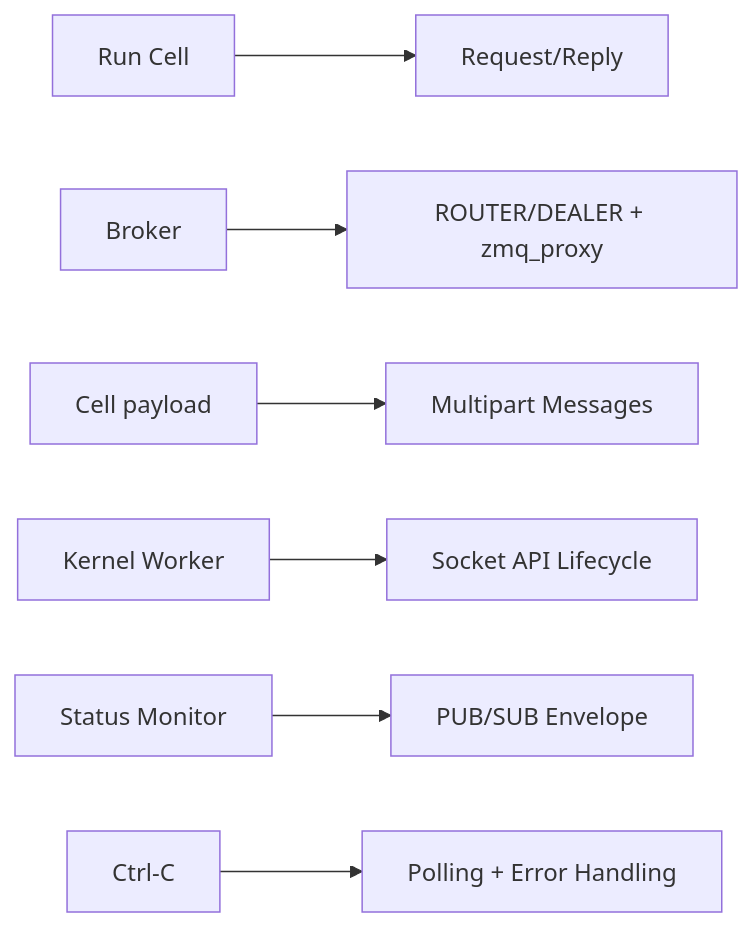
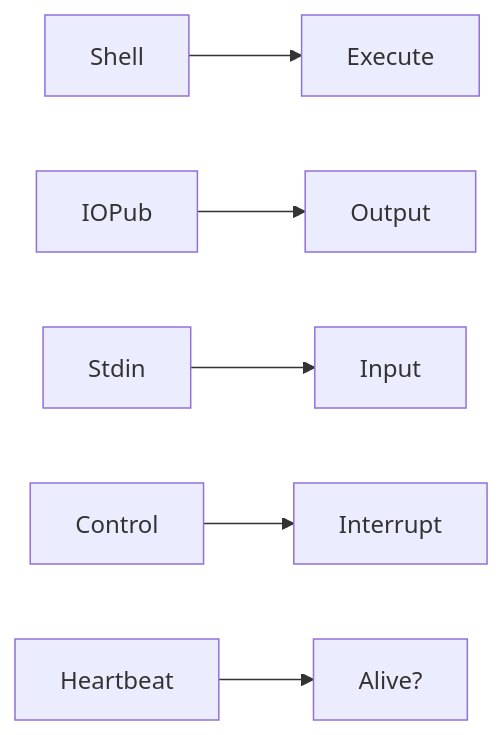
Diagram 14 of 15 in presentation/PRESENTATION_SLIDES.md (Andrew53O/zemomq-c-notebook), drawn with Mermaid before and after one commit. The commit also changed other lines of this file and 1 other file, not shown here.

````diff
--- a/presentation/PRESENTATION_SLIDES.md
+++ b/presentation/PRESENTATION_SLIDES.md
@@ -737,9 +626,8 @@
 ```mermaid
 flowchart LR
-    Run["Run Cell"] --> ReqRep["Request/Reply"]
-    Broker["Broker"] --> RouterDealer["ROUTER/DEALER + zmq_proxy"]
-    Cells["Cell payload"] --> Multipart["Multipart Messages"]
-    Worker["Kernel Worker"] --> Lifecycle["Socket API Lifecycle"]
-    Monitor["Status Monitor"] --> PubSub["PUB/SUB Envelope"]
-    Shutdown["Ctrl-C"] --> ErrorHandling["Polling + Error Handling"]
+    Shell["Shell"] --> Exec["Execute"]
+    IOPub["IOPub"] --> Output["Output"]
+    Stdin["Stdin"] --> Input["Input"]
+    Control["Control"] --> Stop["Interrupt"]
+    Heartbeat["Heartbeat"] --> Alive["Alive?"]
 ```
````
